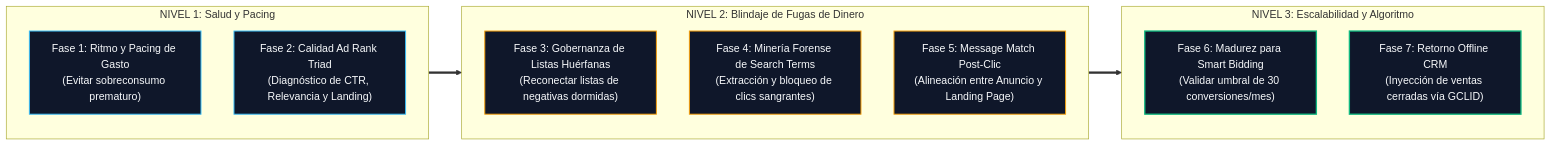
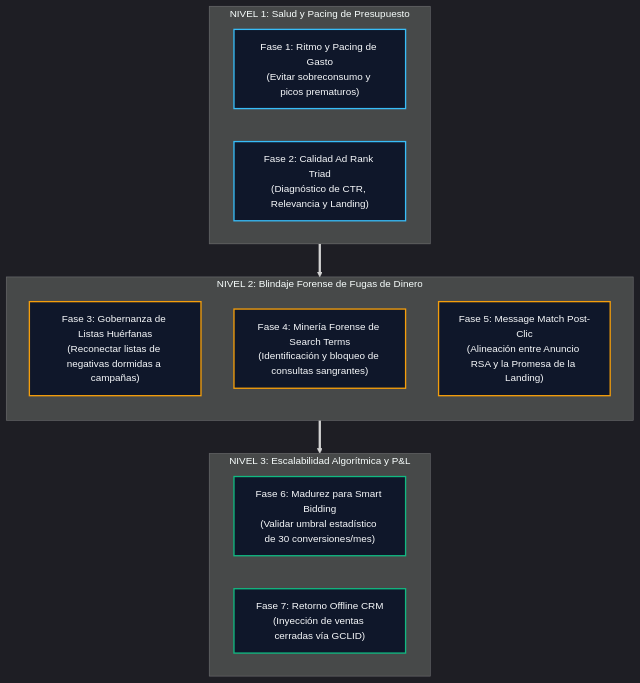
The third of 3 diagrams in README_es.md (eddvasquez/mcp-for-google-ads), drawn with Mermaid before and after one commit. The commit also changed other lines of this file and 1 other file, not shown here.

Commit message:
docs(diagrams): optimizar tamano de fuentes, padding y wrapping para ajuste perfecto 1:1 en GitHub

````diff
--- a/README_es.md
+++ b/README_es.md
@@ -173,30 +185,31 @@
 ```mermaid
-flowchart LR
-    subgraph NIVEL1 ["NIVEL 1: Salud y Pacing"]
-        direction TB
-        F1["Fase 1: Ritmo y Pacing de Gasto<br>(Evitar sobreconsumo prematuro)"]
+%%{init: {'theme': 'dark', 'themeVariables': { 'fontSize': '15px' }}}%%
+flowchart TD
+    subgraph NIVEL1 ["NIVEL 1: Salud y Pacing de Presupuesto"]
+        direction LR
+        F1["Fase 1: Ritmo y Pacing de Gasto<br>(Evitar sobreconsumo y picos prematuros)"]
         F2["Fase 2: Calidad Ad Rank Triad<br>(Diagnóstico de CTR, Relevancia y Landing)"]
     end
 
-    subgraph NIVEL2 ["NIVEL 2: Blindaje de Fugas de Dinero"]
+    subgraph NIVEL2 ["NIVEL 2: Blindaje Forense de Fugas de Dinero"]
         direction TB
-        F3["Fase 3: Gobernanza de Listas Huérfanas<br>(Reconectar listas de negativas dormidas)"]
-        F4["Fase 4: Minería Forense de Search Terms<br>(Extracción y bloqueo de clics sangrantes)"]
-        F5["Fase 5: Message Match Post-Clic<br>(Alineación entre Anuncio y Landing Page)"]
+        F3["Fase 3: Gobernanza de Listas Huérfanas<br>(Reconectar listas de negativas dormidas a campañas)"]
+        F4["Fase 4: Minería Forense de Search Terms<br>(Identificación y bloqueo de consultas sangrantes)"]
+        F5["Fase 5: Message Match Post-Clic<br>(Alineación entre Anuncio RSA y la Promesa de la Landing)"]
     end
 
-    subgraph NIVEL3 ["NIVEL 3: Escalabilidad y Algoritmo"]
-        direction TB
-        F6["Fase 6: Madurez para Smart Bidding<br>(Validar umbral de 30 conversiones/mes)"]
+    subgraph NIVEL3 ["NIVEL 3: Escalabilidad Algorítmica y P&L"]
+        direction LR
+        F6["Fase 6: Madurez para Smart Bidding<br>(Validar umbral estadístico de 30 conversiones/mes)"]
         F7["Fase 7: Retorno Offline CRM<br>(Inyección de ventas cerradas vía GCLID)"]
     end
 
     NIVEL1 ==> NIVEL2 ==> NIVEL3
 
-    classDef n1 fill:#0f172a,stroke:#38bdf8,stroke-width:1.5px,color:#f8fafc;
-    classDef n2 fill:#0f172a,stroke:#f59e0b,stroke-width:1.5px,color:#f8fafc;
+    classDef n1 fill:#0f172a,stroke:#38bdf8,stroke-width:2px,color:#f8fafc;
+    classDef n2 fill:#0f172a,stroke:#f59e0b,stroke-width:2px,color:#f8fafc;
     classDef n3 fill:#0f172a,stroke:#10b981,stroke-width:2px,color:#f8fafc;
     class F1,F2 n1;
     class F3,F4,F5 n2;
     class F6,F7 n3;
 ```
````
